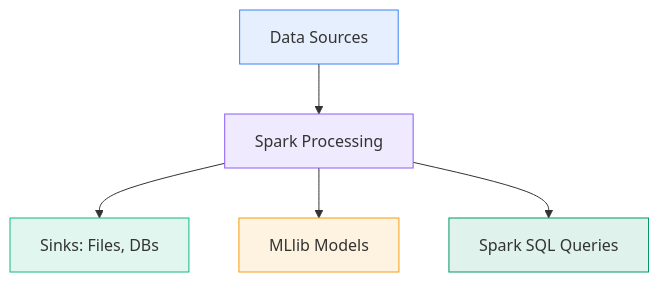
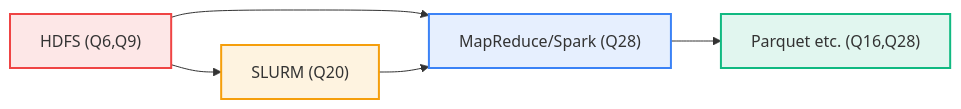
The tenth of 19 diagrams in 302.1-data-computation/summaries/spark.md (MadeInShineA/hei-course-summaries), drawn with Mermaid before and after one commit. The commit also changed other lines of this file and 4 other files, not shown here.

````diff
--- a/302.1-data-computation/summaries/spark.md
+++ b/302.1-data-computation/summaries/spark.md
@@ -365,13 +443,11 @@
 ```mermaid
-flowchart TD
-    INPUT[Data Sources] --> PROCESS[Spark Processing]
-    PROCESS --> OUTPUT[Sinks: Files, DBs]
-    PROCESS --> ML[MLlib Models]
-    PROCESS --> SQL[Spark SQL Queries]
+graph LR
+    Storage["HDFS (Q6,Q9)"] --> Compute["MapReduce/Spark (Q28)"]
+    Compute --> Formats["Parquet etc. (Q16,Q28)"]
+    Storage --> SLURM["SLURM (Q20)"] --> Compute
     
-    style INPUT fill:#3b82f620,stroke:#3b82f6
-    style PROCESS fill:#8b5cf620,stroke:#8b5cf6
-    style OUTPUT fill:#10b98120,stroke:#10b981
-    style ML fill:#f59e0b20,stroke:#f59e0b
-    style SQL fill:#05966920,stroke:#059669
+    style Storage fill:#ef444420,stroke:#ef4444,stroke-width:2px
+    style Compute fill:#3b82f620,stroke:#3b82f6,stroke-width:2px
+    style Formats fill:#10b98120,stroke:#10b981,stroke-width:2px
+    style SLURM fill:#f59e0b20,stroke:#f59e0b,stroke-width:2px
 ```
````
